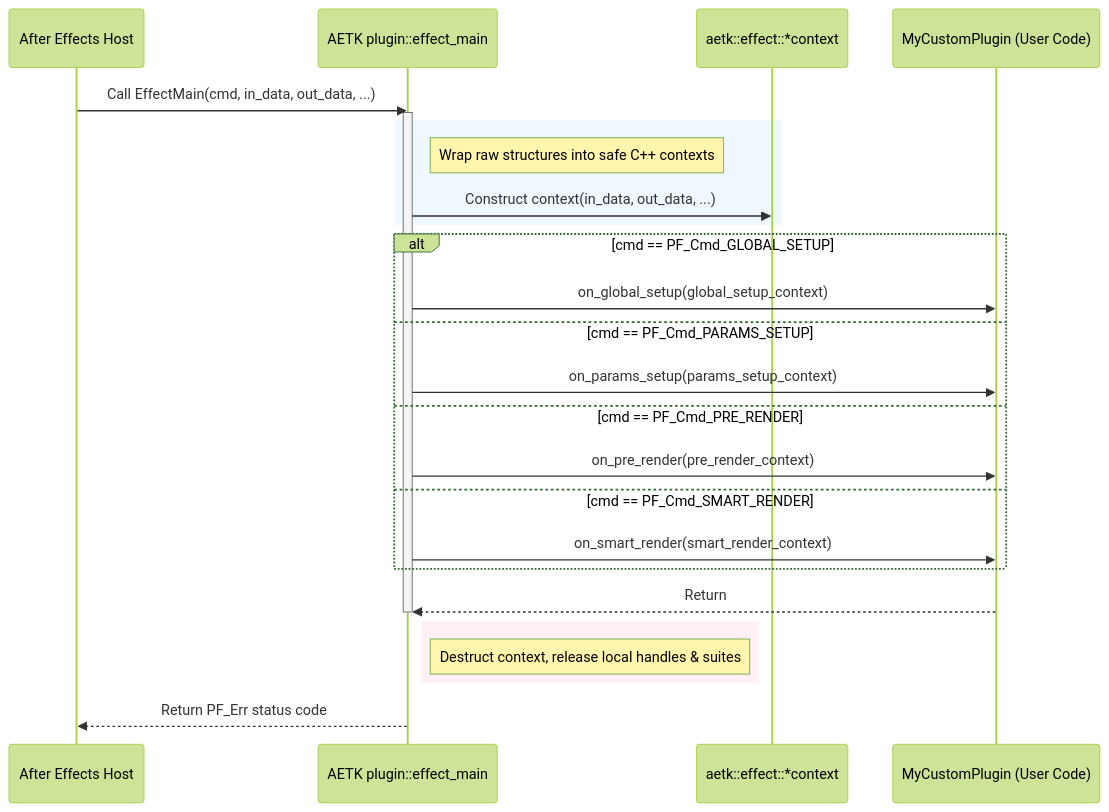
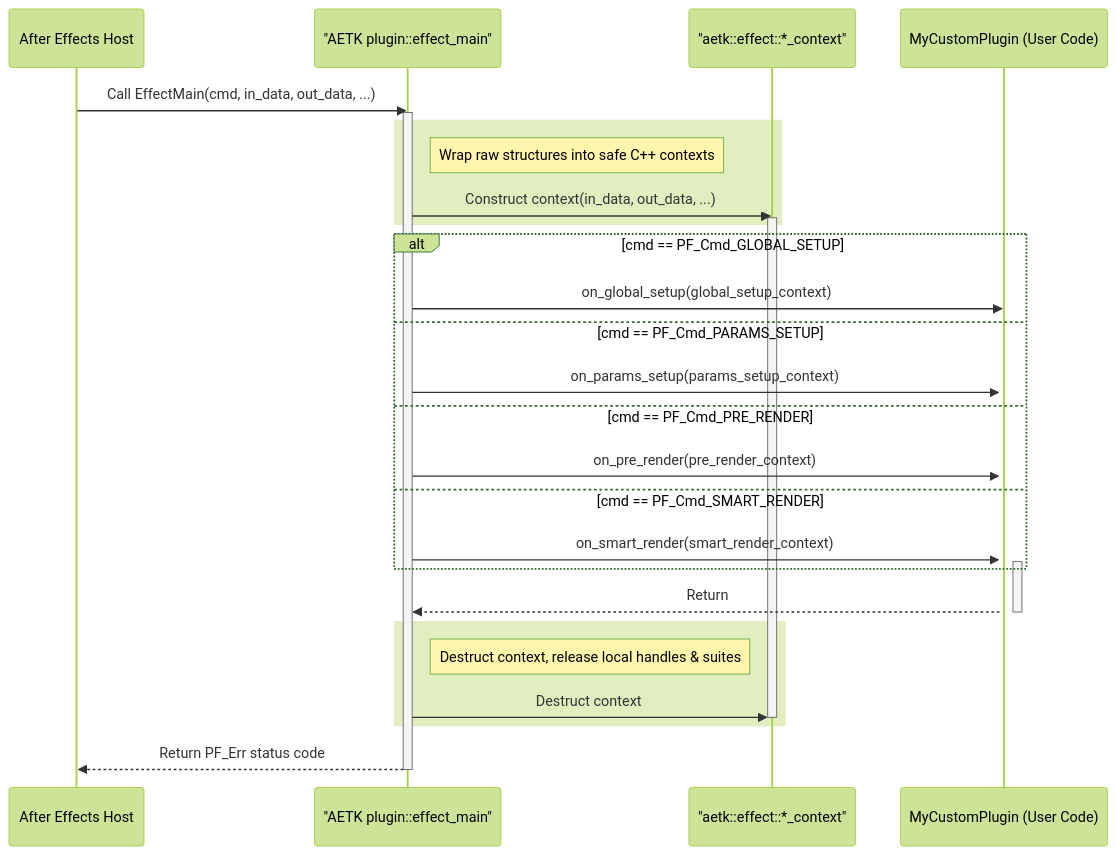
The second of 2 diagrams in docs/ARCHITECTURE_OVERVIEW.md (Trentonom0r3/AETK2.0), drawn with Mermaid (forest theme) before and after one commit. The commit also changed 1 other file, not shown here.

Commit message:
docs fix
docs fix

````diff
--- a/docs/ARCHITECTURE_OVERVIEW.md
+++ b/docs/ARCHITECTURE_OVERVIEW.md
@@ -72,34 +72,42 @@
 ```mermaid
 sequenceDiagram
     participant AE as After Effects Host
-    participant AETK as AETK plugin::effect_main
-    participant Wrapper as aetk::effect::*context
+    participant AETK as "AETK plugin::effect_main"
+    participant Wrapper as "aetk::effect::*_context"
     participant User as MyCustomPlugin (User Code)
 
     AE->>AETK: Call EffectMain(cmd, in_data, out_data, ...)
     activate AETK
     
-    rect rgb(240, 248, 255)
+    rect #f0f8ff
         note right of AETK: Wrap raw structures into safe C++ contexts
         AETK->>Wrapper: Construct context(in_data, out_data, ...)
+        activate Wrapper
     end
     
     alt cmd == PF_Cmd_GLOBAL_SETUP
         AETK->>User: on_global_setup(global_setup_context)
+        activate User
     else cmd == PF_Cmd_PARAMS_SETUP
         AETK->>User: on_params_setup(params_setup_context)
+        activate User
     else cmd == PF_Cmd_PRE_RENDER
         AETK->>User: on_pre_render(pre_render_context)
+        activate User
     else cmd == PF_Cmd_SMART_RENDER
         AETK->>User: on_smart_render(smart_render_context)
+        activate User
     end
     
     User-->>AETK: Return
-    deactivate AETK
+    deactivate User
     
-    rect rgb(255, 240, 245)
+    rect #fff0f5
         note right of AETK: Destruct context, release local handles & suites
+        AETK->>Wrapper: Destruct context
+        deactivate Wrapper
     end
     
     AETK-->>AE: Return PF_Err status code
+    deactivate AETK
 ```
````
